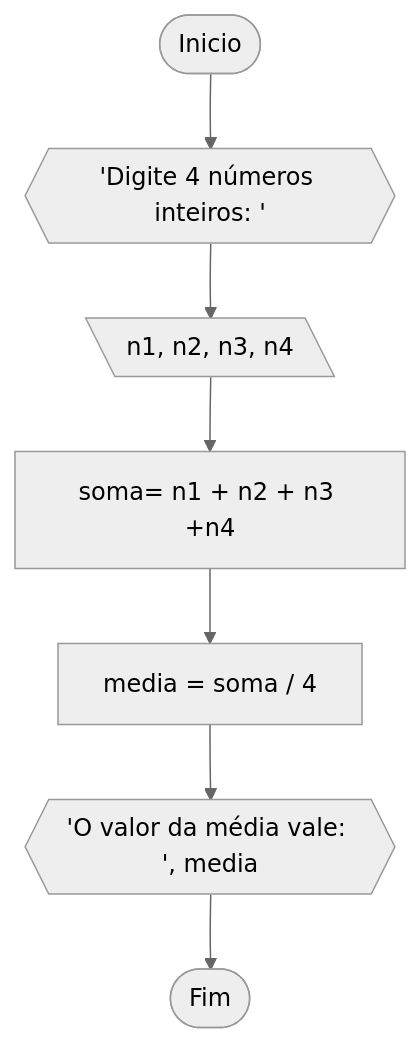
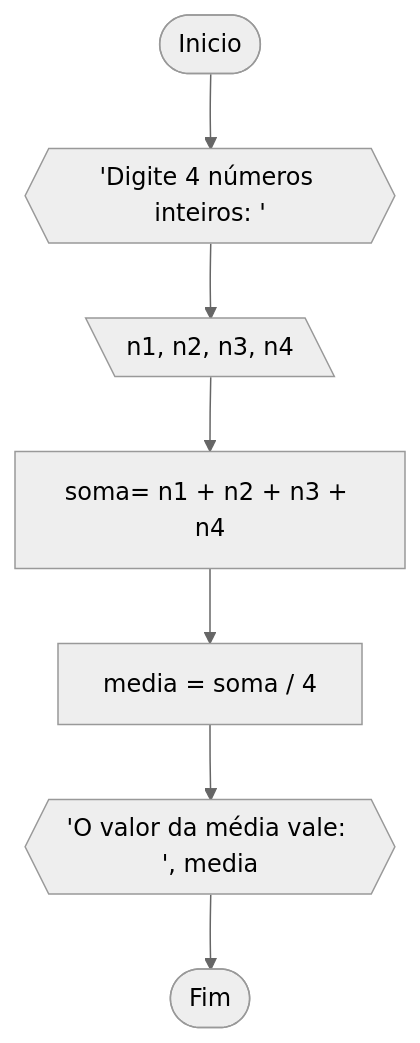
One commit to stuffxdd/Unifor changed the first of 4 diagrams in RLA/unidade 1/lista2.md. Above: the diagram before and after it, drawn with Mermaid (neutral theme). The commit also changed other lines of this file, not shown here.

````diff
--- a/RLA/unidade 1/lista2.md
+++ b/RLA/unidade 1/lista2.md
@@ -10,11 +10,11 @@
 ```mermaid
 flowchart TD
 A([Inicio]) --> B{{'Digite 4 números inteiros: '}}
 B --> C[\n1, n2, n3, n4\]
-C --> D[soma= n1 + n2 + n3 +n4]
+C --> D[soma= n1 + n2 + n3 + n4]
 D --> E[media = soma / 4]
 E --> F{{'O valor da média vale: ', media}} --> Z
 
 Z([Fim])
 
 ```
````
